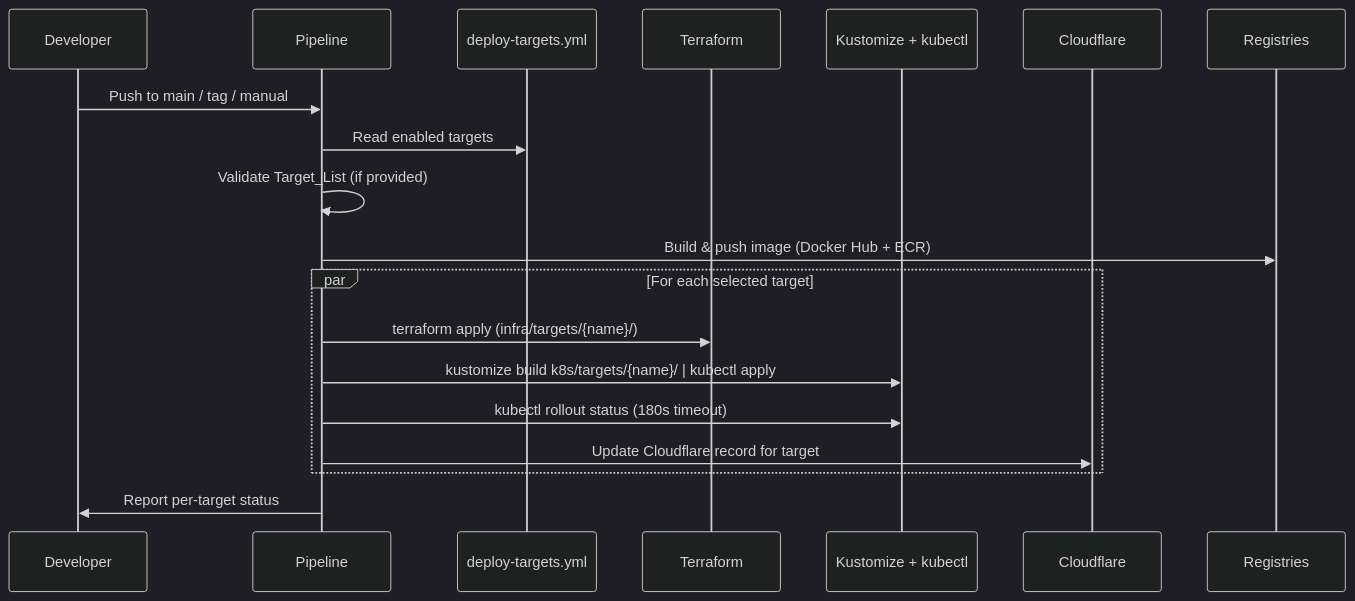
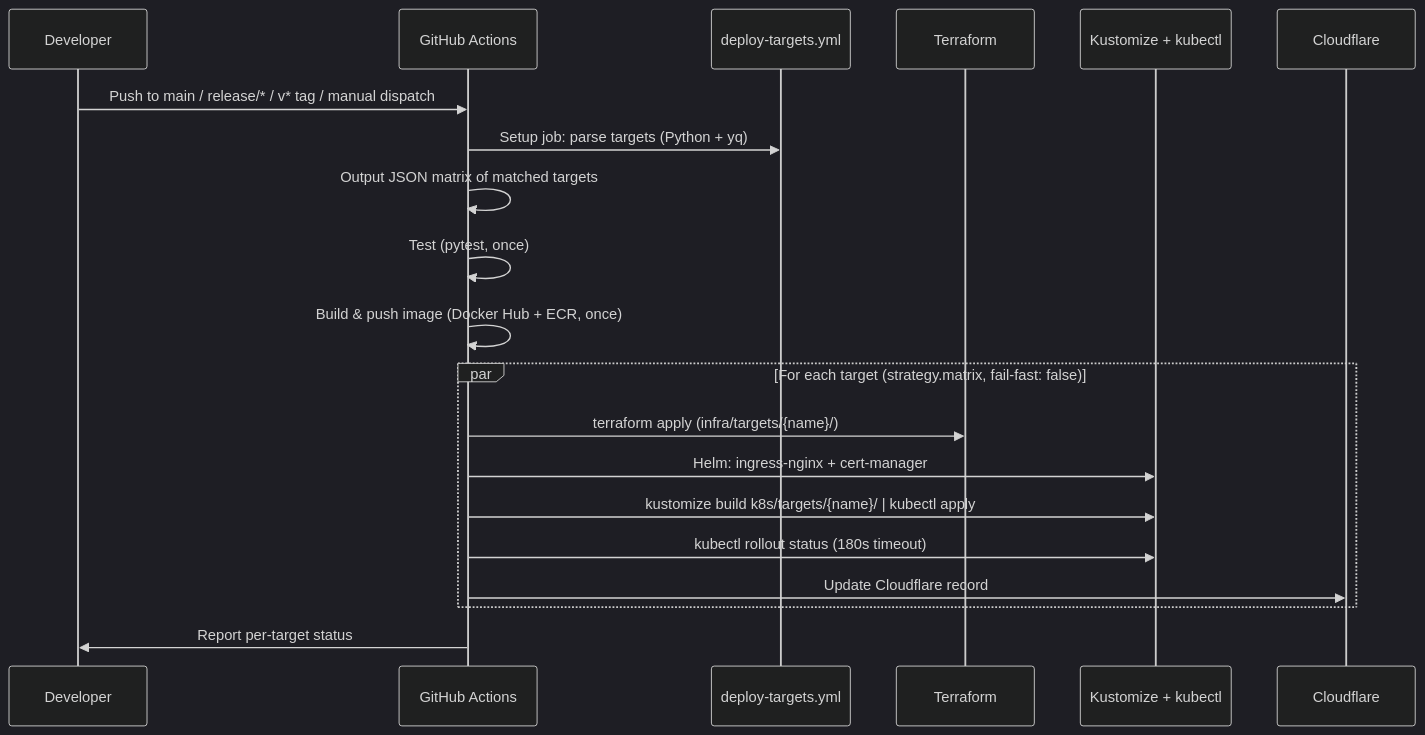
One commit to Lantao-bit/mysite changed the second of 2 diagrams in .kiro/specs/multi-cloud-deployment/design.md. Above: the diagram before and after it, drawn with Mermaid (dark theme). The commit also changed other lines of this file and 4 other files, not shown here.

````diff
--- a/.kiro/specs/multi-cloud-deployment/design.md
+++ b/.kiro/specs/multi-cloud-deployment/design.md
@@ -88,22 +82,23 @@
 ```mermaid
 sequenceDiagram
     participant Dev as Developer
-    participant Pipe as Pipeline
+    participant GHA as GitHub Actions
     participant DTC as deploy-targets.yml
     participant TF as Terraform
     participant K8s as Kustomize + kubectl
     participant DNS as Cloudflare
-    participant Reg as Registries
 
-    Dev->>Pipe: Push to main / tag / manual
-    Pipe->>DTC: Read enabled targets
-    Pipe->>Pipe: Validate Target_List (if provided)
-    Pipe->>Reg: Build & push image (Docker Hub + ECR)
-    par For each selected target
-        Pipe->>TF: terraform apply (infra/targets/{name}/)
-        Pipe->>K8s: kustomize build k8s/targets/{name}/ | kubectl apply
-        Pipe->>K8s: kubectl rollout status (180s timeout)
-        Pipe->>DNS: Update Cloudflare record for target
+    Dev->>GHA: Push to main / release/* / v* tag / manual dispatch
+    GHA->>DTC: Setup job: parse targets (Python + yq)
+    GHA->>GHA: Output JSON matrix of matched targets
+    GHA->>GHA: Test (pytest, once)
+    GHA->>GHA: Build & push image (Docker Hub + ECR, once)
+    par For each target (strategy.matrix, fail-fast: false)
+        GHA->>TF: terraform apply (infra/targets/{name}/)
+        GHA->>K8s: Helm: ingress-nginx + cert-manager
+        GHA->>K8s: kustomize build k8s/targets/{name}/ | kubectl apply
+        GHA->>K8s: kubectl rollout status (180s timeout)
+        GHA->>DNS: Update Cloudflare record
     end
-    Pipe->>Dev: Report per-target status
+    GHA->>Dev: Report per-target status
 ```
````
